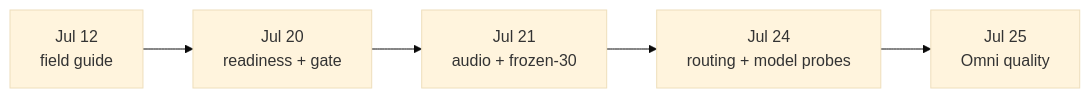
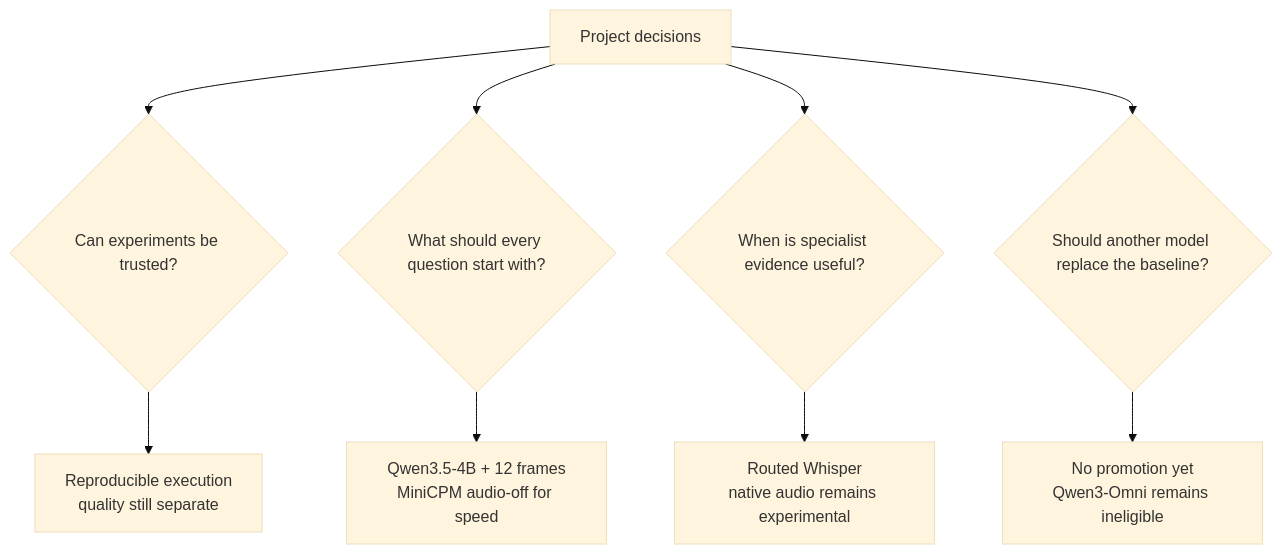
Before and after one commit to npatta01/trec_video_2026: the diagram in docs/project-status/experiment-ledger.md, drawn with Mermaid (base theme). The commit also changed other lines of this file and 1 other file, not shown here.

Commit message:
docs: render thematic experiment ledger

````diff
--- a/docs/project-status/experiment-ledger.md
+++ b/docs/project-status/experiment-ledger.md
@@ -18,9 +22,13 @@
 ``` mermaid
-flowchart LR
-  accTitle: Experiment timeline
-  accDescr: The project moved from a July 12 field guide through readiness, matched benchmarks, routing probes, and the July 25 Qwen3-Omni strict quality result.
-  J12[Jul 12<br/>field guide] --> J20[Jul 20<br/>readiness + gate]
-  J20 --> J21[Jul 21<br/>audio + frozen-30]
-  J21 --> J24[Jul 24<br/>routing + model probes]
-  J24 --> J25[Jul 25<br/>Omni quality]
+flowchart TD
+  accTitle: Research-question map
+  accDescr: Four research questions led to the current baseline, specialist routes, stopped alternatives, and open candidates.
+  P[Project decisions] --> T{Can experiments be trusted?}
+  T --> TR[Reproducible execution<br/>quality still separate]
+  P --> B{What should every question start with?}
+  B --> BR[Qwen3.5-4B + 12 frames<br/>MiniCPM audio-off for speed]
+  P --> S{When is specialist evidence useful?}
+  S --> SR[Routed Whisper<br/>native audio remains experimental]
+  P --> M{Should another model replace the baseline?}
+  M --> MR[No promotion yet<br/>Qwen3-Omni remains ineligible]
 ```
````
